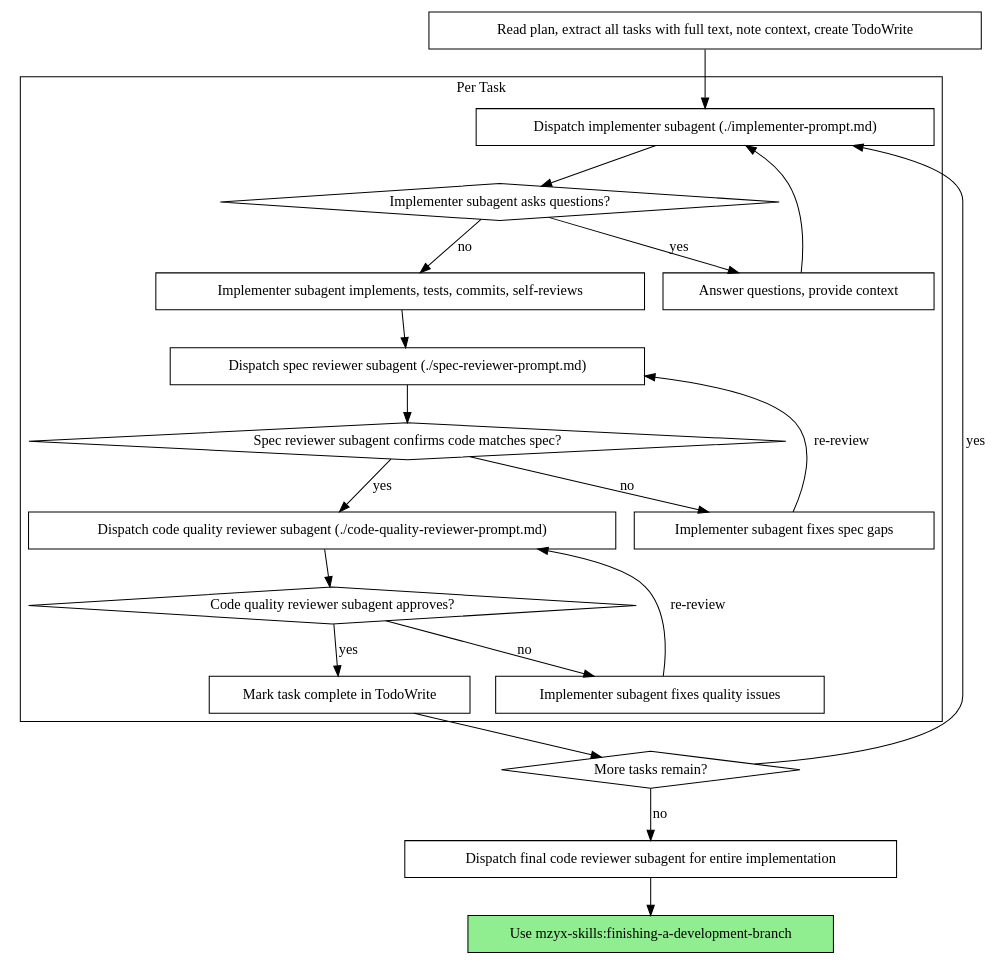
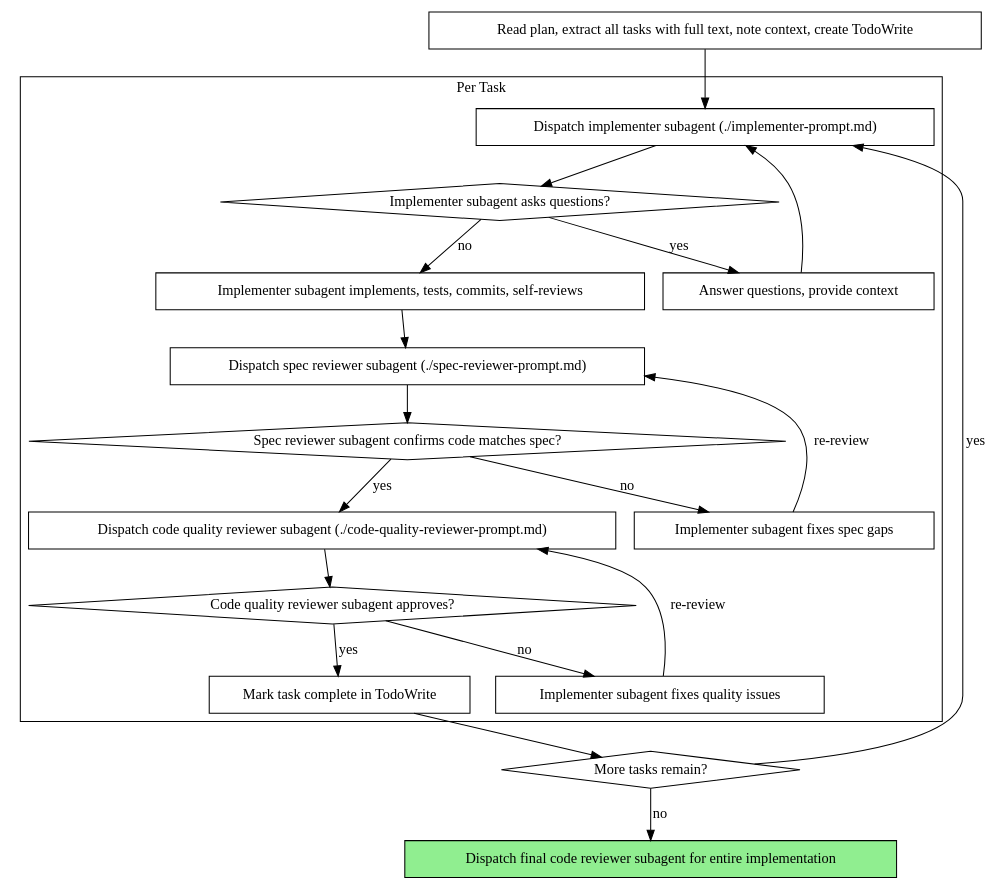
One commit to Nikitzu/mzyx-skills changed the second of 2 diagrams in skills/subagent-driven-development/SKILL.md. Above: the diagram before and after it, drawn with Graphviz. The commit also changed other lines of this file and 14 other files, not shown here.

````diff
--- a/skills/subagent-driven-development/SKILL.md
+++ b/skills/subagent-driven-development/SKILL.md
@@ -42,44 +42,42 @@
 ```dot
 digraph process {
     rankdir=TB;
 
     subgraph cluster_per_task {
         label="Per Task";
         "Dispatch implementer subagent (./implementer-prompt.md)" [shape=box];
         "Implementer subagent asks questions?" [shape=diamond];
         "Answer questions, provide context" [shape=box];
         "Implementer subagent implements, tests, commits, self-reviews" [shape=box];
         "Dispatch spec reviewer subagent (./spec-reviewer-prompt.md)" [shape=box];
         "Spec reviewer subagent confirms code matches spec?" [shape=diamond];
         "Implementer subagent fixes spec gaps" [shape=box];
         "Dispatch code quality reviewer subagent (./code-quality-reviewer-prompt.md)" [shape=box];
         "Code quality reviewer subagent approves?" [shape=diamond];
         "Implementer subagent fixes quality issues" [shape=box];
         "Mark task complete in TodoWrite" [shape=box];
     }
 
     "Read plan, extract all tasks with full text, note context, create TodoWrite" [shape=box];
     "More tasks remain?" [shape=diamond];
-    "Dispatch final code reviewer subagent for entire implementation" [shape=box];
-    "Use mzyx-skills:finishing-a-development-branch" [shape=box style=filled fillcolor=lightgreen];
+    "Dispatch final code reviewer subagent for entire implementation" [shape=box style=filled fillcolor=lightgreen];
 
     "Read plan, extract all tasks with full text, note context, create TodoWrite" -> "Dispatch implementer subagent (./implementer-prompt.md)";
     "Dispatch implementer subagent (./implementer-prompt.md)" -> "Implementer subagent asks questions?";
     "Implementer subagent asks questions?" -> "Answer questions, provide context" [label="yes"];
     "Answer questions, provide context" -> "Dispatch implementer subagent (./implementer-prompt.md)";
     "Implementer subagent asks questions?" -> "Implementer subagent implements, tests, commits, self-reviews" [label="no"];
     "Implementer subagent implements, tests, commits, self-reviews" -> "Dispatch spec reviewer subagent (./spec-reviewer-prompt.md)";
     "Dispatch spec reviewer subagent (./spec-reviewer-prompt.md)" -> "Spec reviewer subagent confirms code matches spec?";
     "Spec reviewer subagent confirms code matches spec?" -> "Implementer subagent fixes spec gaps" [label="no"];
     "Implementer subagent fixes spec gaps" -> "Dispatch spec reviewer subagent (./spec-reviewer-prompt.md)" [label="re-review"];
     "Spec reviewer subagent confirms code matches spec?" -> "Dispatch code quality reviewer subagent (./code-quality-reviewer-prompt.md)" [label="yes"];
     "Dispatch code quality reviewer subagent (./code-quality-reviewer-prompt.md)" -> "Code quality reviewer subagent approves?";
     "Code quality reviewer subagent approves?" -> "Implementer subagent fixes quality issues" [label="no"];
     "Implementer subagent fixes quality issues" -> "Dispatch code quality reviewer subagent (./code-quality-reviewer-prompt.md)" [label="re-review"];
     "Code quality reviewer subagent approves?" -> "Mark task complete in TodoWrite" [label="yes"];
     "Mark task complete in TodoWrite" -> "More tasks remain?";
     "More tasks remain?" -> "Dispatch implementer subagent (./implementer-prompt.md)" [label="yes"];
     "More tasks remain?" -> "Dispatch final code reviewer subagent for entire implementation" [label="no"];
-    "Dispatch final code reviewer subagent for entire implementation" -> "Use mzyx-skills:finishing-a-development-branch";
 }
 ```
````
